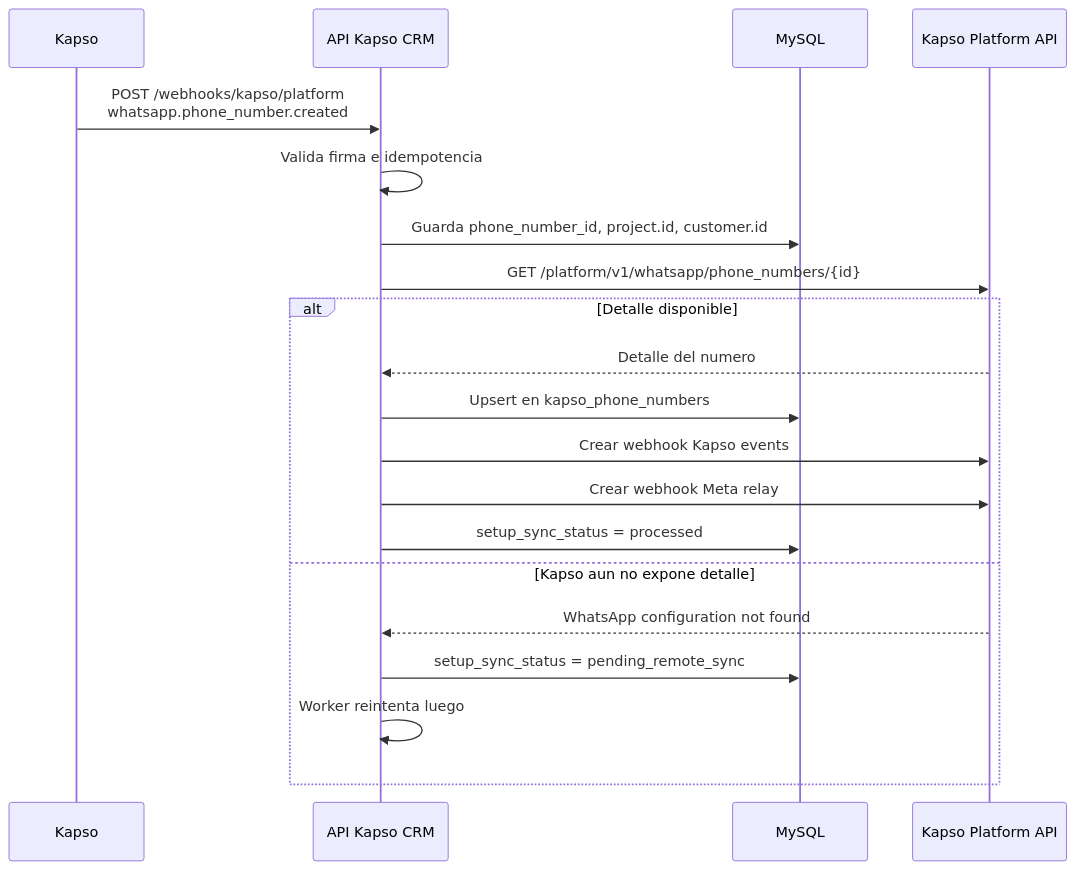
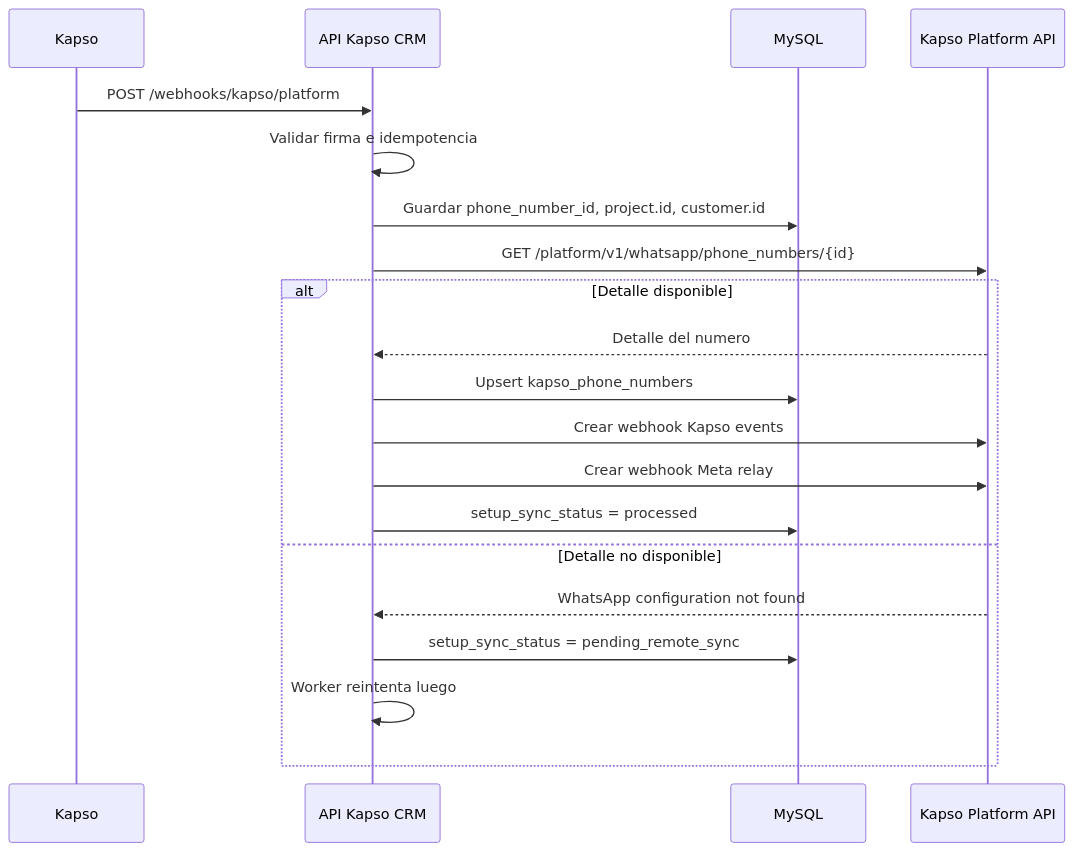
One commit to roccacr/CRM_VENTAS changed the third of 8 diagrams in README.md. Above: the diagram before and after it, drawn with Mermaid. The commit also changed other lines of this file and 8 other files, not shown here.

Commit message:
Update Kapso flow docs and no-response handling

````diff
--- a/README.md
+++ b/README.md
@@ -101,23 +178,23 @@
 ```mermaid
 sequenceDiagram
   participant K as Kapso
   participant API as API Kapso CRM
   participant DB as MySQL
   participant KP as Kapso Platform API
 
-  K->>API: POST /webhooks/kapso/platform<br/>whatsapp.phone_number.created
-  API->>API: Valida firma e idempotencia
-  API->>DB: Guarda phone_number_id, project.id, customer.id
+  K->>API: POST /webhooks/kapso/platform
+  API->>API: Validar firma e idempotencia
+  API->>DB: Guardar phone_number_id, project.id, customer.id
   API->>KP: GET /platform/v1/whatsapp/phone_numbers/{id}
   alt Detalle disponible
     KP-->>API: Detalle del numero
-    API->>DB: Upsert en kapso_phone_numbers
+    API->>DB: Upsert kapso_phone_numbers
     API->>KP: Crear webhook Kapso events
     API->>KP: Crear webhook Meta relay
     API->>DB: setup_sync_status = processed
-  else Kapso aun no expone detalle
+  else Detalle no disponible
     KP-->>API: WhatsApp configuration not found
     API->>DB: setup_sync_status = pending_remote_sync
     API->>API: Worker reintenta luego
   end
 ```
````
